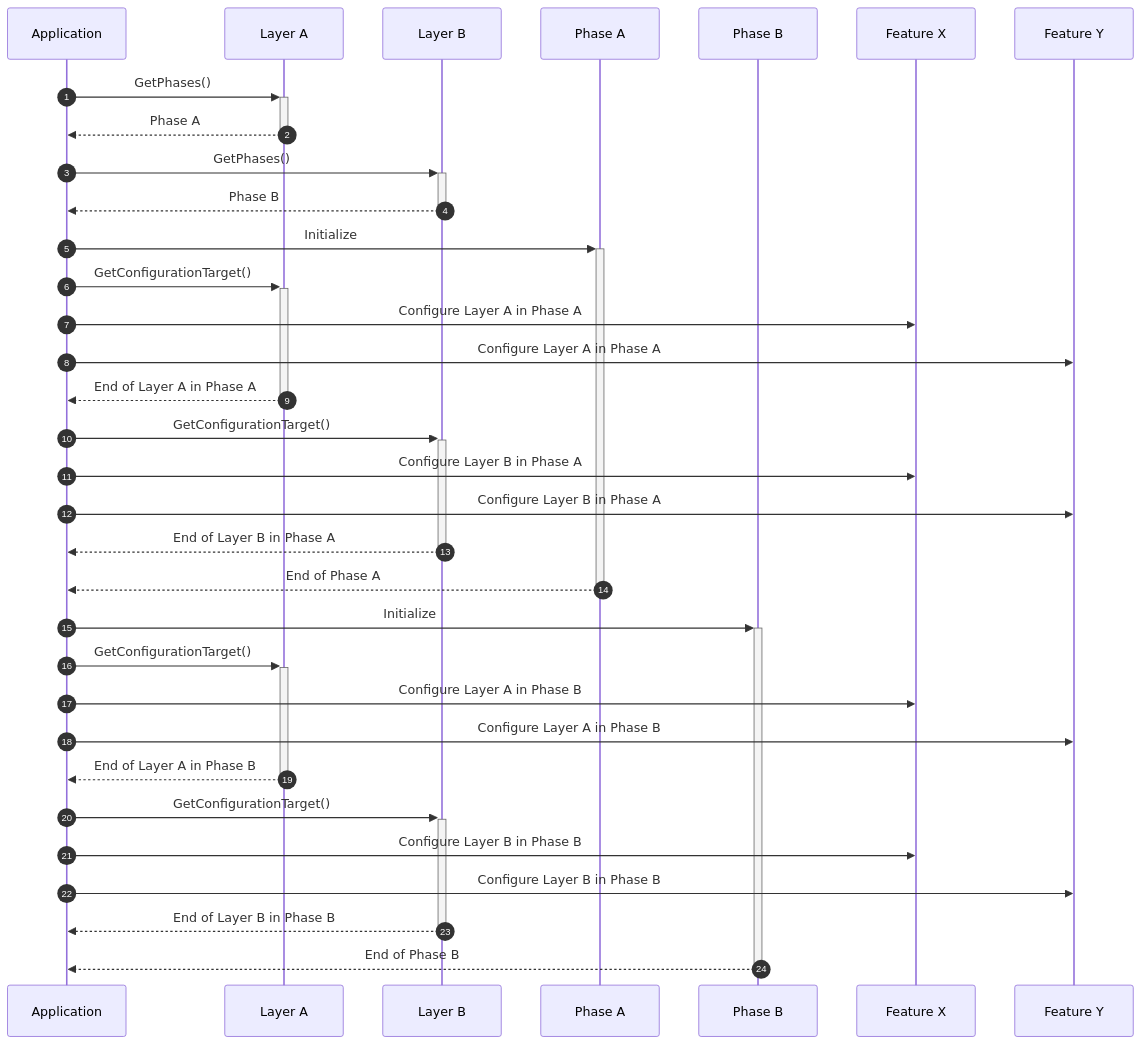
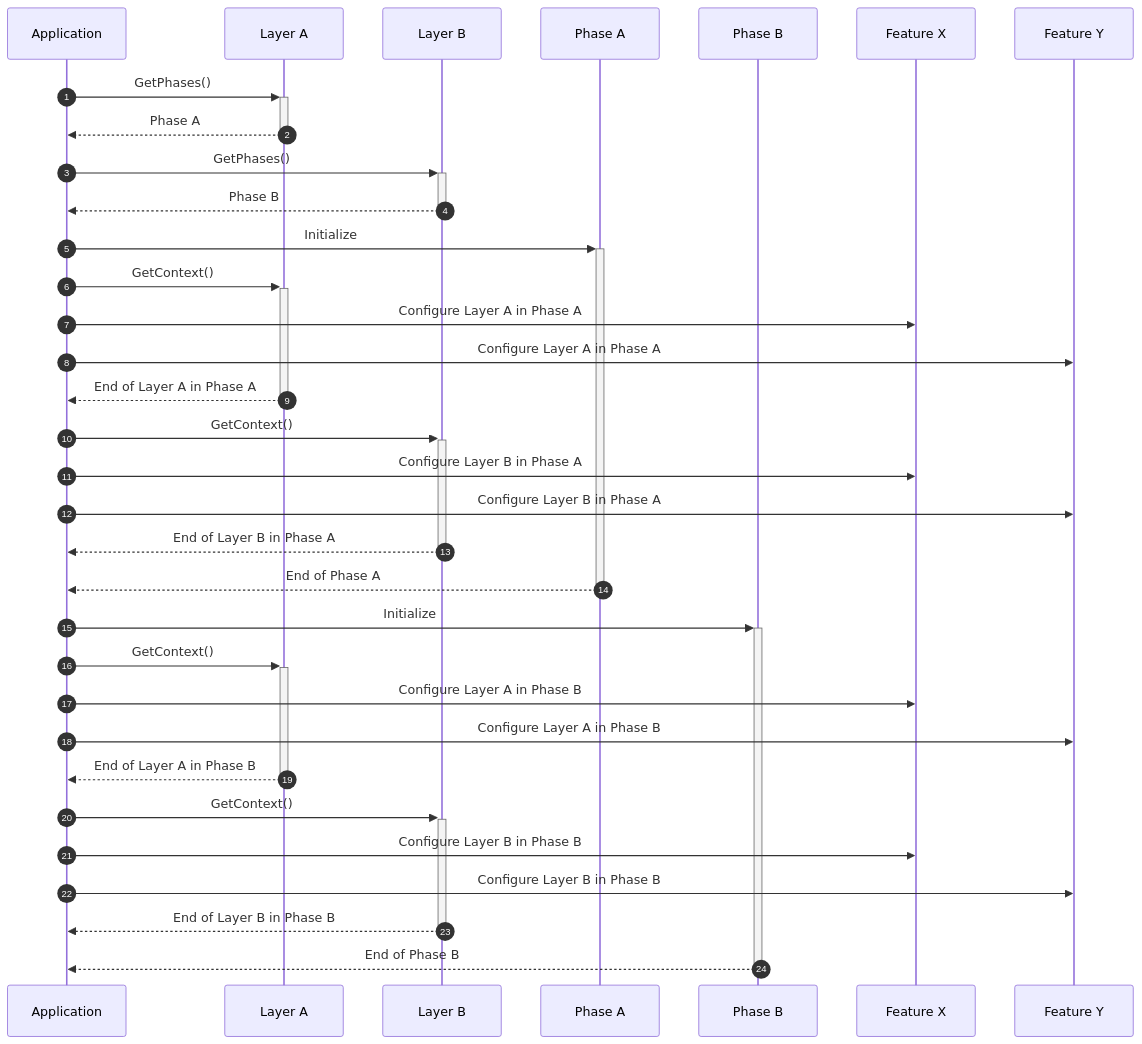
Before and after one commit to mouseless/baked: the third of 4 diagrams in docs/architecture/application.md, drawn with Mermaid. The commit also changed other lines of this file and 11 other files, not shown here.

Commit message:
rename ConfigurationTarget to LayerConfigurator

````diff
--- a/docs/architecture/application.md
+++ b/docs/architecture/application.md
@@ -141,39 +142,39 @@
 ```mermaid
 sequenceDiagram
     participant APP as Application
     participant LA as Layer A
     participant LB as Layer B
     participant PA as Phase A
     participant PB as Phase B
     participant FX as Feature X
     participant FY as Feature Y
 
     autonumber
 
     APP ->>+ LA: GetPhases()
     LA -->>- APP: Phase A
     APP ->>+ LB: GetPhases()
     LB -->>- APP: Phase B
 
     APP ->>+ PA: Initialize
-    APP ->>+ LA: GetConfigurationTarget()
+    APP ->>+ LA: GetContext()
     APP ->> FX: Configure Layer A in Phase A
     APP ->> FY: Configure Layer A in Phase A
     LA -->>- APP: End of Layer A in Phase A
-    APP ->>+ LB: GetConfigurationTarget()
+    APP ->>+ LB: GetContext()
     APP ->> FX: Configure Layer B in Phase A
     APP ->> FY: Configure Layer B in Phase A
     LB -->>- APP: End of Layer B in Phase A
     PA -->>-APP: End of Phase A
 
     APP ->>+ PB: Initialize
-    APP ->>+ LA: GetConfigurationTarget()
+    APP ->>+ LA: GetContext()
     APP ->> FX: Configure Layer A in Phase B
     APP ->> FY: Configure Layer A in Phase B
     LA -->>- APP: End of Layer A in Phase B
-    APP ->>+ LB: GetConfigurationTarget()
+    APP ->>+ LB: GetContext()
     APP ->> FX: Configure Layer B in Phase B
     APP ->> FY: Configure Layer B in Phase B
     LB -->>- APP: End of Layer B in Phase B
     PB -->>-APP: End of Phase B
 ```
````
